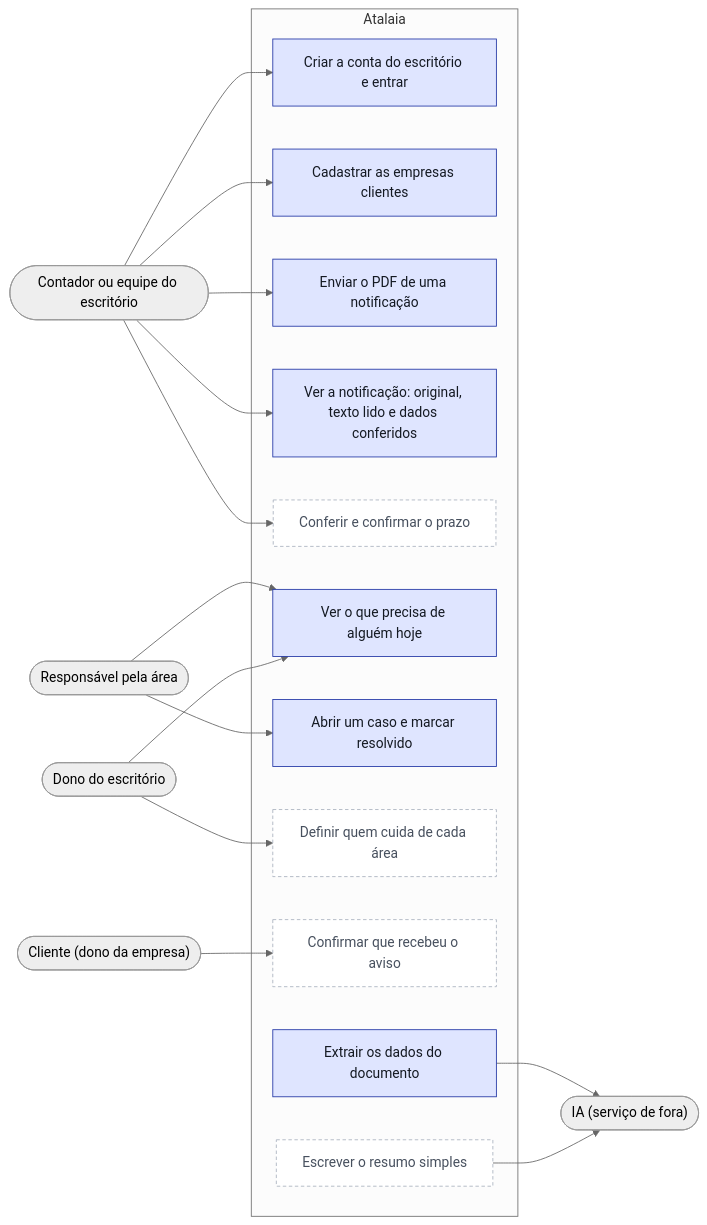
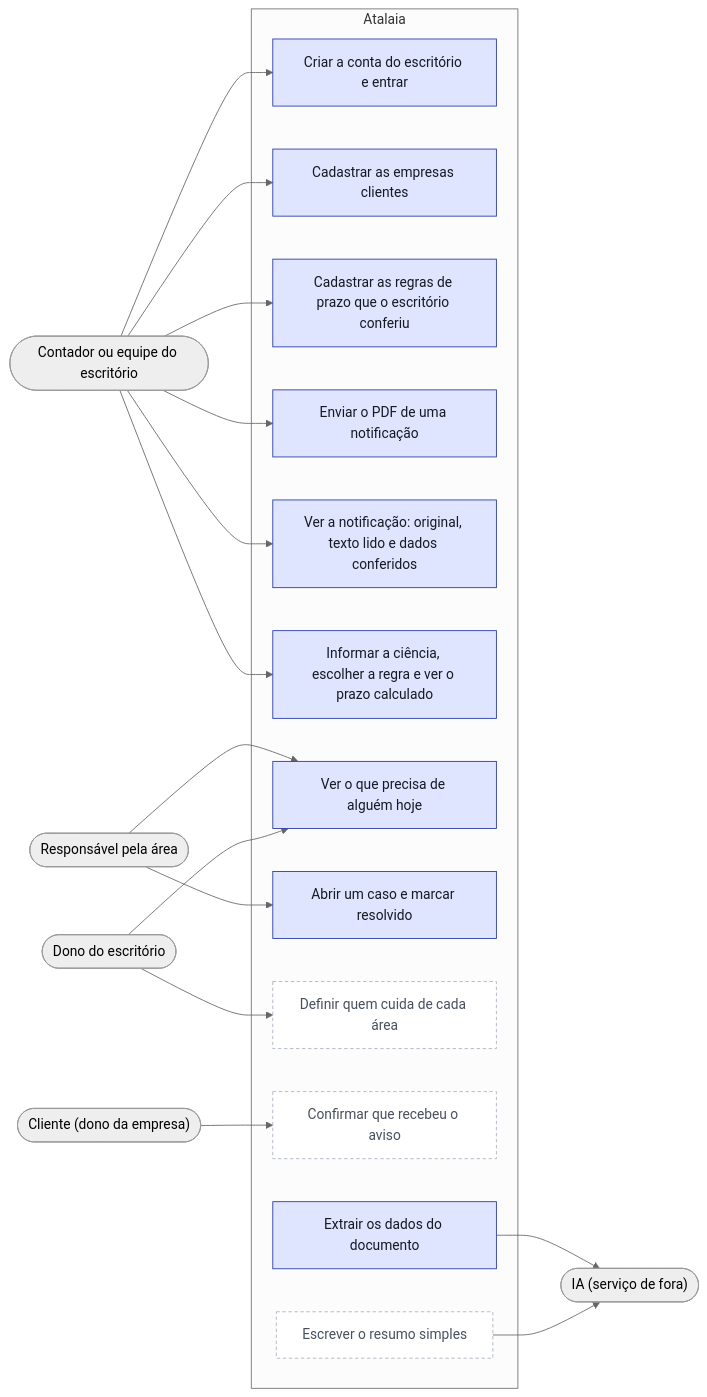
The first of 8 diagrams in docs/04-arquitetura/arquitetura.md (namtech-agents/atalaia), drawn with Mermaid (neutral theme) before and after one commit. The commit also changed other lines of this file and 1 other file, not shown here.

Commit message:
docs: prazo na tela nos diagramas e no README (#75)

````diff
--- a/docs/04-arquitetura/arquitetura.md
+++ b/docs/04-arquitetura/arquitetura.md
@@ -15,40 +15,42 @@
 ```mermaid
 flowchart LR
     contador(["Contador ou equipe do escritório"])
     responsavel(["Responsável pela área"])
     dono(["Dono do escritório"])
     cliente(["Cliente (dono da empresa)"])
     ia(["IA (serviço de fora)"])
 
     subgraph Atalaia
         conta["Criar a conta do escritório e entrar"]
         empresas["Cadastrar as empresas clientes"]
+        regras["Cadastrar as regras de prazo que o escritório conferiu"]
         enviar["Enviar o PDF de uma notificação"]
         ver["Ver a notificação: original, texto lido e dados conferidos"]
-        conferir["Conferir e confirmar o prazo"]
+        conferir["Informar a ciência, escolher a regra e ver o prazo calculado"]
         fila["Ver o que precisa de alguém hoje"]
         resolver["Abrir um caso e marcar resolvido"]
         areas["Definir quem cuida de cada área"]
         ciencia["Confirmar que recebeu o aviso"]
         extrair["Extrair os dados do documento"]
         resumo["Escrever o resumo simples"]
     end
 
     contador --> conta
     contador --> empresas
+    contador --> regras
     contador --> enviar
     contador --> ver
     contador --> conferir
     responsavel --> fila
     responsavel --> resolver
     dono --> areas
     dono --> fila
     cliente --> ciencia
     extrair --> ia
     resumo --> ia
 
     classDef pronto fill:#dfe5ff,stroke:#2438a6,color:#141922
     classDef planejado fill:#ffffff,stroke:#aab3bf,stroke-dasharray:4 3,color:#47505e
-    class conta,empresas,enviar,ver,fila,resolver,extrair pronto
-    class conferir,areas,ciencia,resumo planejado
+    class conta,empresas,regras,enviar,ver,conferir,fila,resolver,extrair pronto
+    class areas,ciencia,resumo planejado
 ```
````
